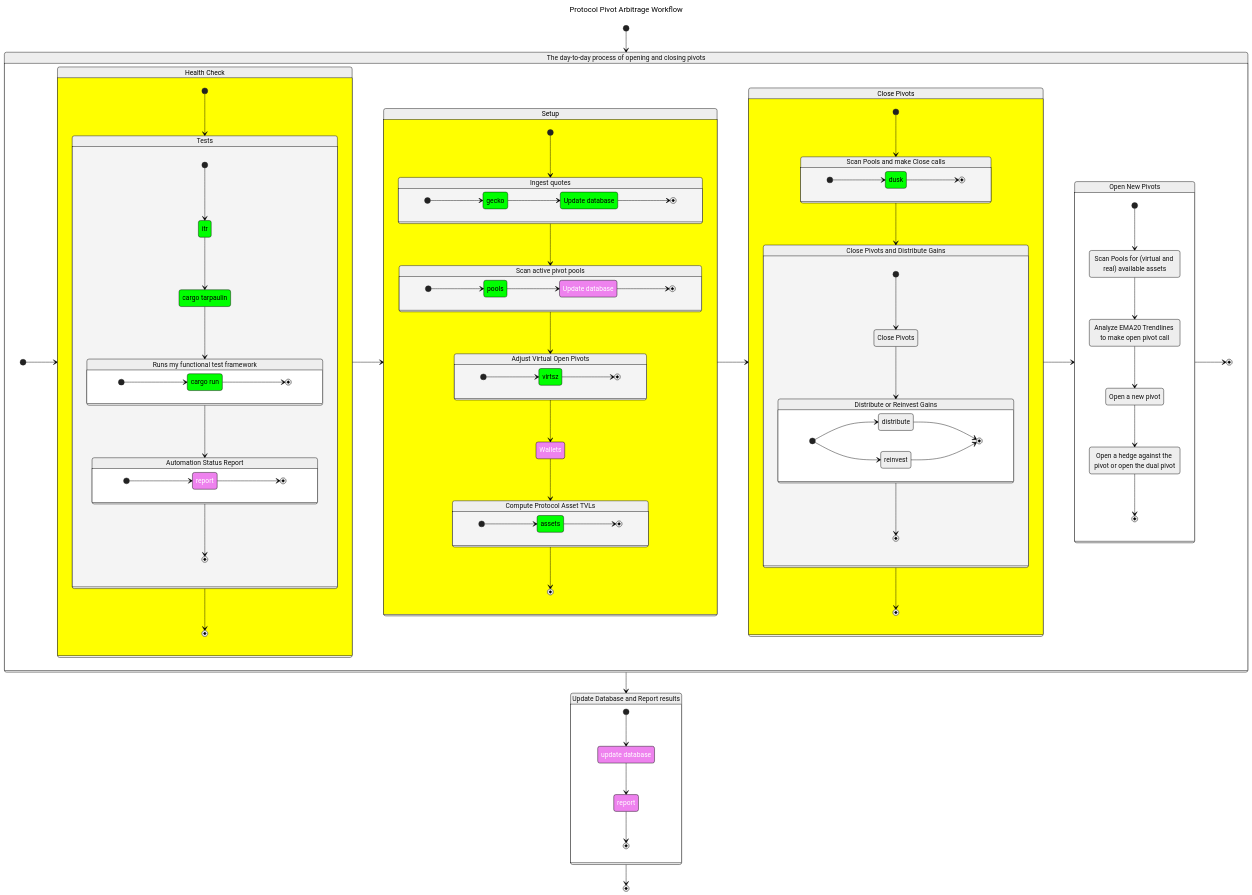
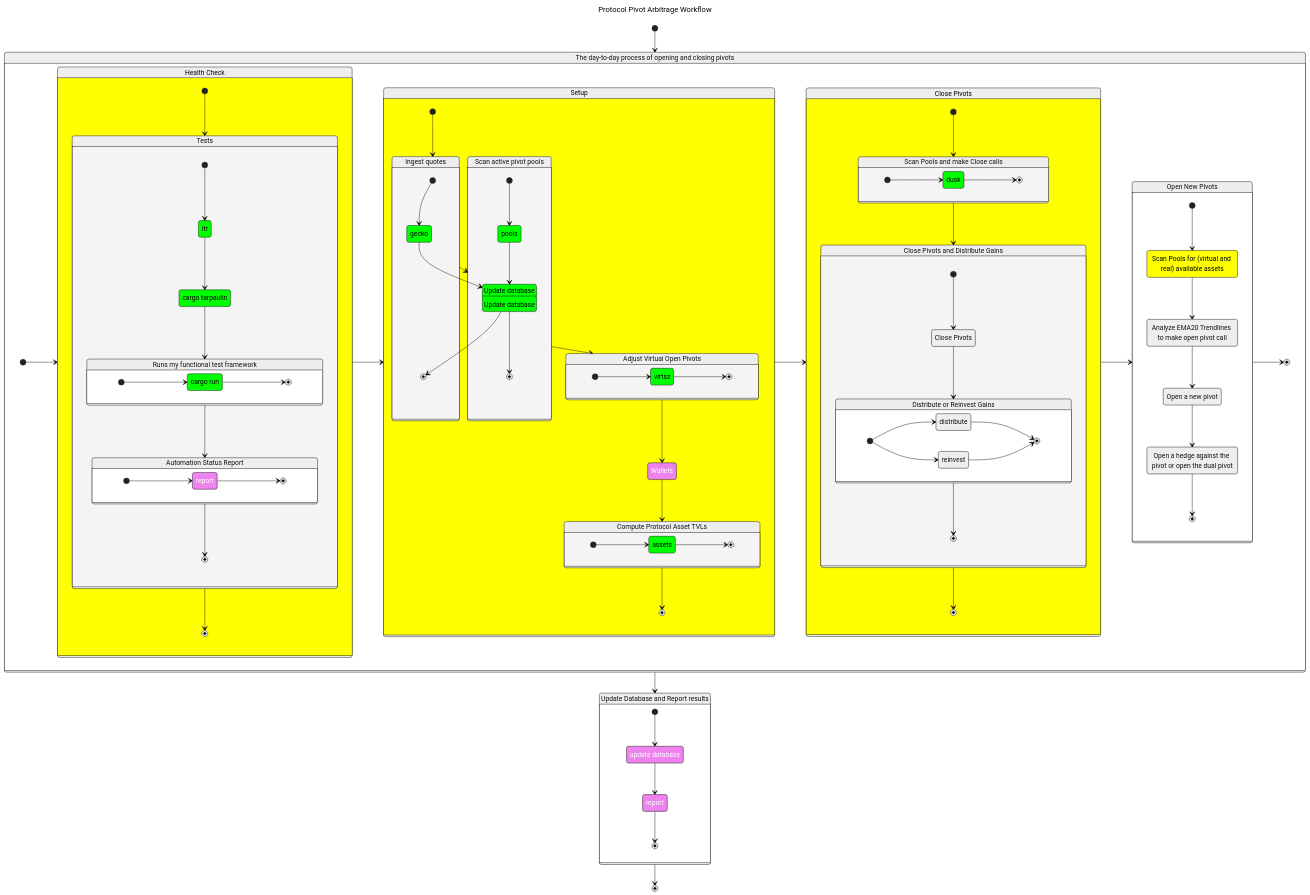
One commit to pivoteur/protocol changed the diagram in dapps/README.md. Above: the diagram before and after it, drawn with Mermaid (neutral theme). The commit also changed other lines of this file and 4 other files, not shown here.

```diff
--- a/dapps/README.md
+++ b/dapps/README.md
@@ -27,8 +27,9 @@
 
    class report manual
    class ReportwithoutUpdatingDatabase manual
+   class ScanOpens wip
    class UpdateDb manual
-   class UpdateDbwithoutReporting1 manual
+   class UpdateDbwithoutReporting1 inUse
    class UpdateDbwithoutReporting2 inUse
 
    class Wallets manual
@@ -117,10 +118,10 @@
             direction LR
 
          [*] --> pools
-         pools --> UpdateDbwithoutReporting1
-         UpdateDbwithoutReporting1 --> [*]
+         pools --> UpdateDbwithoutReporting2
+         UpdateDbwithoutReporting2 --> [*]
 
-         UpdateDbwithoutReporting1: Update database
+         UpdateDbwithoutReporting2: Update database
       }
 
       AdjustVirtualPivots: Adjust Virtual Open Pivots
```
